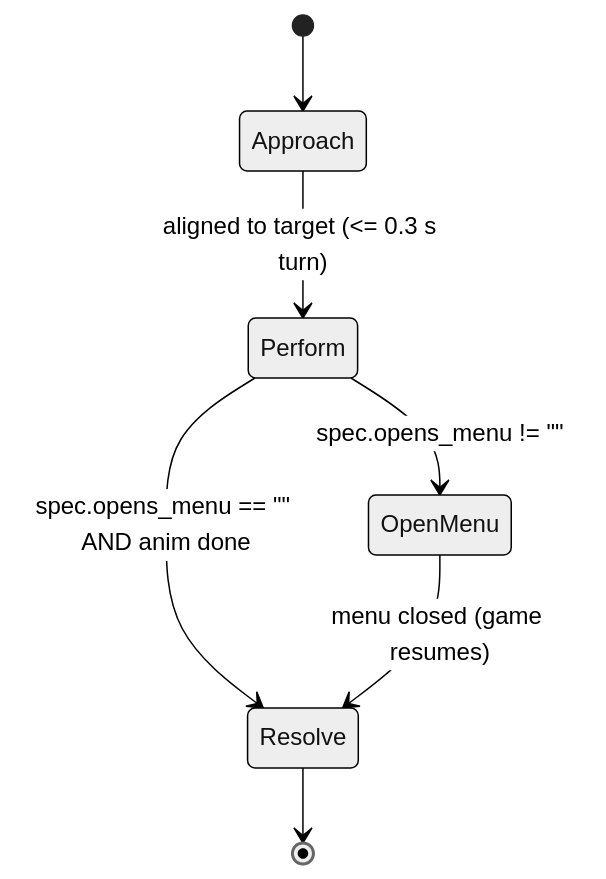
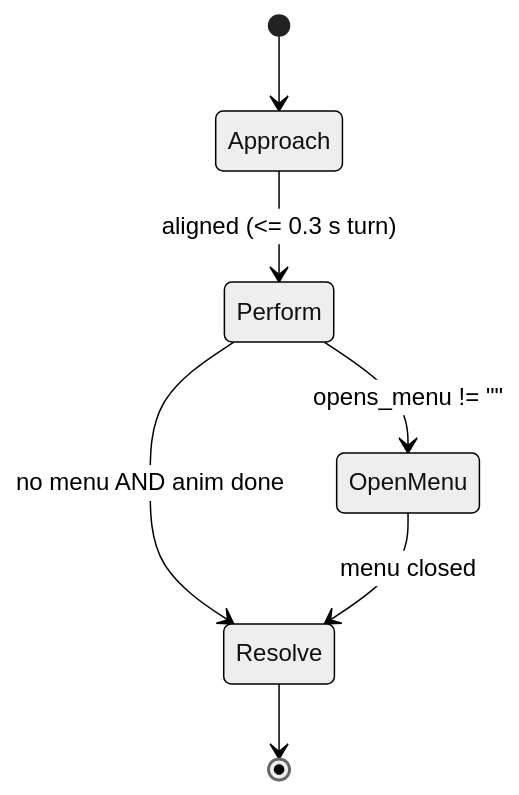
The fourth of 7 diagrams in _docs/specs/spec1.md (obamacka/gamesimpler), drawn with Mermaid (neutral theme) before and after one commit. The commit also changed other lines of this file, not shown here.

First line of the commit message:
Revise spec1: kid-friendly, accessibility, forgiving logic, test specs

````diff
--- a/_docs/specs/spec1.md
+++ b/_docs/specs/spec1.md
@@ -605,9 +790,9 @@
 ```mermaid
 stateDiagram-v2
     [*] --> Approach
-    Approach --> Perform: aligned to target (<= 0.3 s turn)
-    Perform --> OpenMenu: spec.opens_menu != ""
-    Perform --> Resolve: spec.opens_menu == "" AND anim done
-    OpenMenu --> Resolve: menu closed (game resumes)
+    Approach --> Perform: aligned (<= 0.3 s turn)
+    Perform --> OpenMenu: opens_menu != ""
+    Perform --> Resolve: no menu AND anim done
+    OpenMenu --> Resolve: menu closed
     Resolve --> [*]
 ```
````
